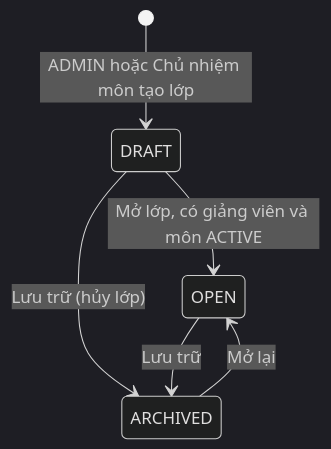
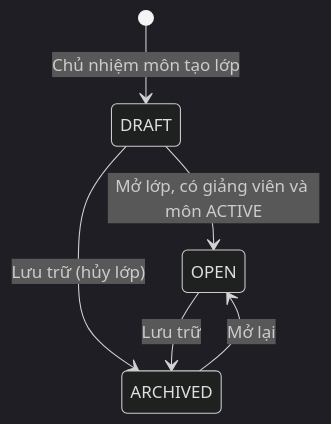
Before and after one commit to hygef-v4/AI-Powered-Learning-Platform: the second of 3 diagrams in aidlc-docs/construction/u04-subject-class-enrollment/functional-design/domain-entities.md, drawn with Mermaid (dark theme). The commit also changed other lines of this file and 185 other files, not shown here.

````diff
--- a/aidlc-docs/construction/u04-subject-class-enrollment/functional-design/domain-entities.md
+++ b/aidlc-docs/construction/u04-subject-class-enrollment/functional-design/domain-entities.md
@@ -60,8 +58,8 @@
 ```mermaid
 stateDiagram-v2
-    [*] --> DRAFT: ADMIN hoặc Chủ nhiệm môn tạo lớp
+    [*] --> DRAFT: Chủ nhiệm môn tạo lớp
     DRAFT --> OPEN: Mở lớp, có giảng viên và môn ACTIVE
     DRAFT --> ARCHIVED: Lưu trữ (hủy lớp)
     OPEN --> ARCHIVED: Lưu trữ
     ARCHIVED --> OPEN: Mở lại
 ```
````
